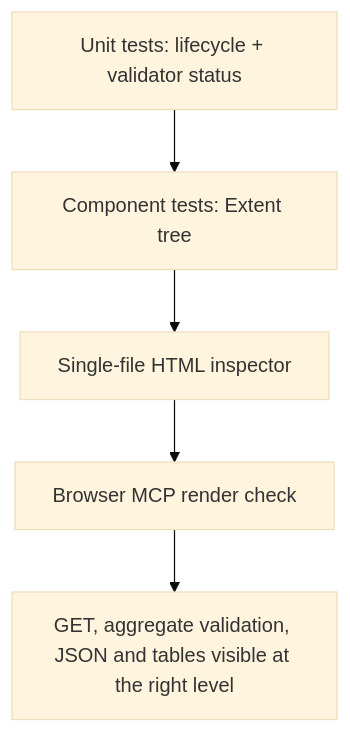
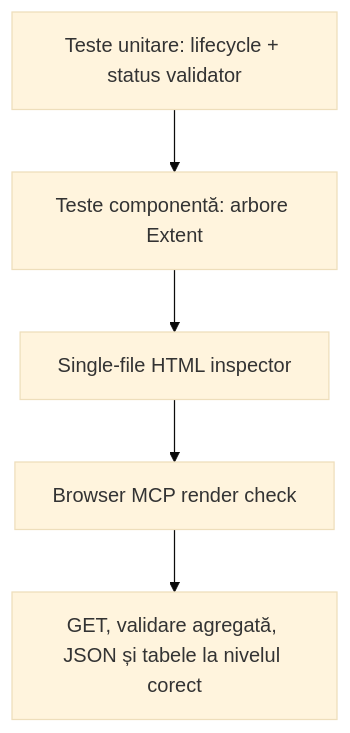
The fourth of 4 diagrams in Atf.Tests/README.md (crististefanita/CS1), drawn with Mermaid (base theme) before and after one commit. The commit also changed other lines of this file, not shown here.

````diff
--- a/Atf.Tests/README.md
+++ b/Atf.Tests/README.md
@@ -230,7 +230,7 @@
 ```mermaid
 flowchart TD
-    Unit[Unit tests: lifecycle + validator status] --> Component[Component tests: Extent tree]
+    Unit[Teste unitare: lifecycle + status validator] --> Component[Teste componentă: arbore Extent]
     Component --> Artifact[Single-file HTML inspector]
     Artifact --> Browser[Browser MCP render check]
-    Browser --> Evidence[GET, aggregate validation, JSON and tables visible at the right level]
+    Browser --> Evidence[GET, validare agregată, JSON și tabele la nivelul corect]
 ```
````
